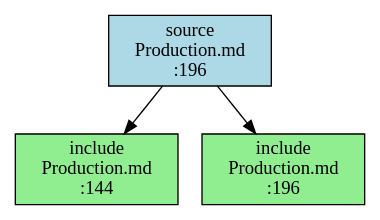
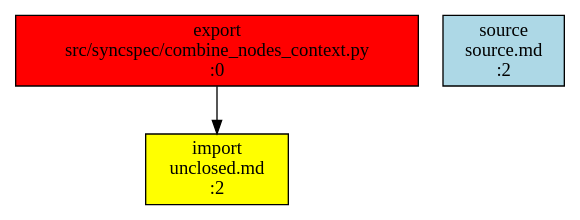
Before and after one commit to kimjarvis/syncspec: the diagram in graph.dot, drawn with Graphviz. The commit also changed 8 other files, not shown here.

```diff
--- a/graph.dot
+++ b/graph.dot
@@ -1,7 +1,6 @@
 strict digraph {
-"include_Production.md_144" [key=first, directive_type=include, label="include\nProduction.md\n:144", shape=rectangle, style=filled, fillcolor=lightgreen];
-"source_Production.md_196" [key=first, directive_type=source, label="source\nProduction.md\n:196", shape=rectangle, style=filled, fillcolor=lightblue];
-"include_Production.md_196" [key=first, directive_type=include, label="include\nProduction.md\n:196", shape=rectangle, style=filled, fillcolor=lightgreen];
-"source_Production.md_196" -> "include_Production.md_144";
-"source_Production.md_196" -> "include_Production.md_196";
+"export_src/syncspec/combine_nodes_context.py_0" [key="src/syncspec/combine_nodes_context.py", directive_type=export, label="export\nsrc/syncspec/combine_nodes_context.py\n:0", shape=rectangle, style=filled, fillcolor=red];
+"import_unclosed.md_2" [key="src/syncspec/combine_nodes_context.py", directive_type=import, label="import\nunclosed.md\n:2", shape=rectangle, style=filled, fillcolor=yellow];
+"source_source.md_2" [key="combine_nodes_context", directive_type=source, label="source\nsource.md\n:2", shape=rectangle, style=filled, fillcolor=lightblue];
+"export_src/syncspec/combine_nodes_context.py_0" -> "import_unclosed.md_2";
 }
```
